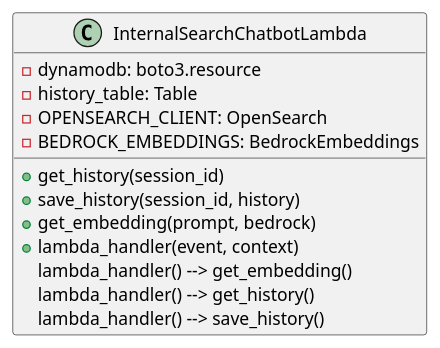
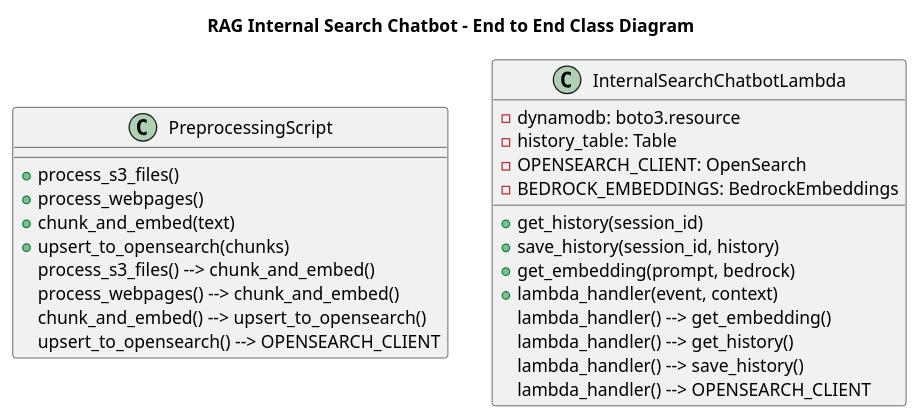
One commit to pavanchanduri/RAGChatbot changed the diagram in RAGChatbots/Langchain_OpenSearch_Implementation/UML Diagrams/UML/InternalSearchChatbot.puml. Above: the diagram before and after it, drawn with PlantUML. The commit also changed other lines of this file and 10 other files, not shown here.

Commit message:
Modified and added UML diagrams

```diff
--- a/RAGChatbots/Langchain_OpenSearch_Implementation/UML Diagrams/UML/InternalSearchChatbot.puml
+++ b/RAGChatbots/Langchain_OpenSearch_Implementation/UML Diagrams/UML/InternalSearchChatbot.puml
@@ -1,16 +2,32 @@
 @startuml InternalSearchChatbotClass
+title RAG Internal Search Chatbot - End to End Class Diagram
+
+class PreprocessingScript {
+    + process_s3_files()
+    + process_webpages()
+    + chunk_and_embed(text)
+    + upsert_to_opensearch(chunks)
+}
+
 class InternalSearchChatbotLambda {
     - dynamodb: boto3.resource
     - history_table: Table
     - OPENSEARCH_CLIENT: OpenSearch
     - BEDROCK_EMBEDDINGS: BedrockEmbeddings
     + get_history(session_id)
     + save_history(session_id, history)
     + get_embedding(prompt, bedrock)
     + lambda_handler(event, context)
 }
 
+PreprocessingScript : process_s3_files() --> chunk_and_embed()
+PreprocessingScript : process_webpages() --> chunk_and_embed()
+PreprocessingScript : chunk_and_embed() --> upsert_to_opensearch()
+PreprocessingScript : upsert_to_opensearch() --> OPENSEARCH_CLIENT
+
 InternalSearchChatbotLambda : lambda_handler() --> get_embedding()
 InternalSearchChatbotLambda : lambda_handler() --> get_history()
 InternalSearchChatbotLambda : lambda_handler() --> save_history()
+InternalSearchChatbotLambda : lambda_handler() --> OPENSEARCH_CLIENT
+
 @enduml
```
